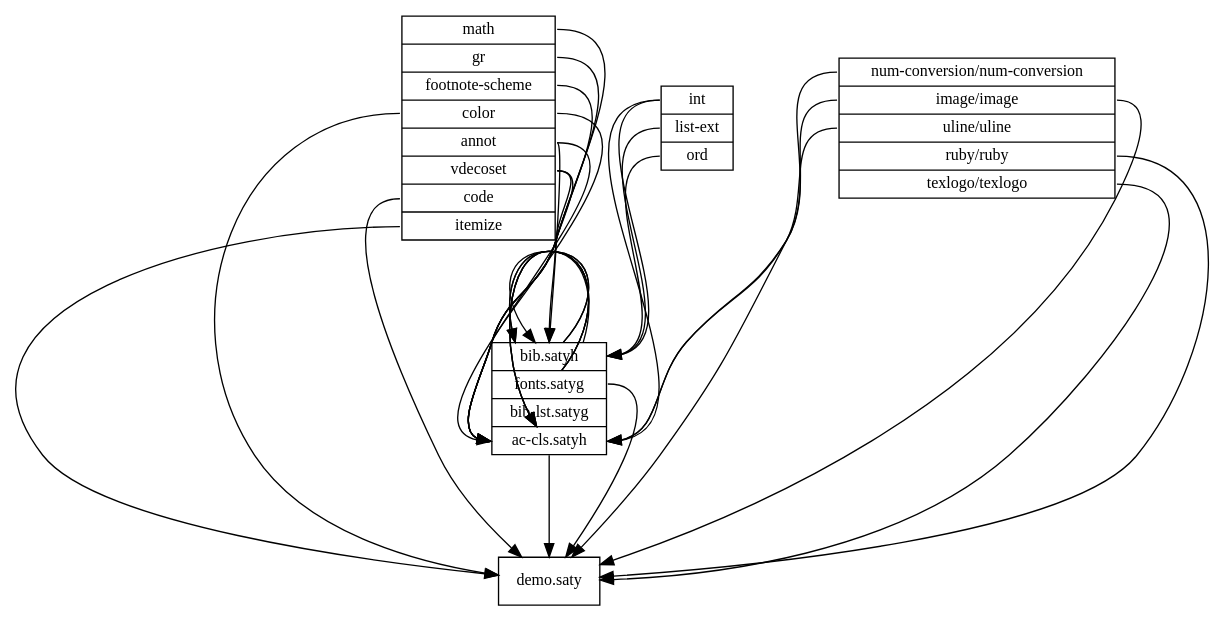
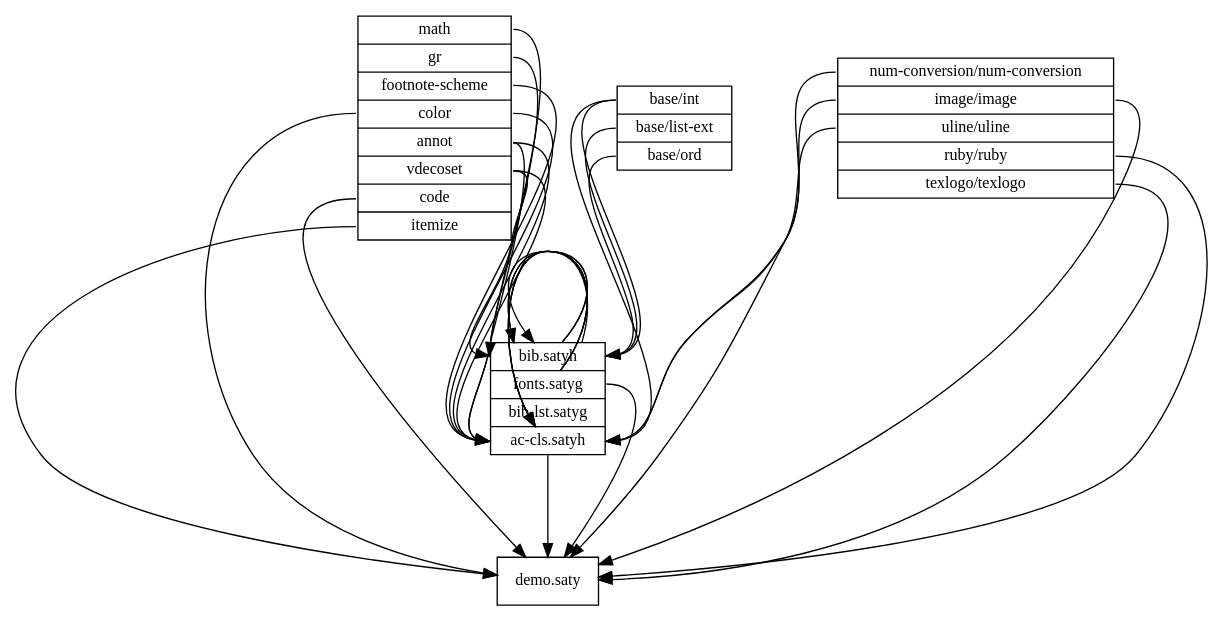
The diagram in dependent.dot (puripuri2100/tukuba-AC-cls), drawn with Graphviz before and after one commit. The commit also changed 1 other file, not shown here.

```diff
--- a/dependent.dot
+++ b/dependent.dot
@@ -1,59 +1,59 @@
 digraph graphname {
   graph [
     charset = "UTF-8",
     rankdir = TB,
     nodesep = 1.1,
     ranksep = 1.05,
     compound = true
   ];
 
   node [
     shape = record,
     fontname = "Migu 1M",
     fontsize = 12,
   ];
 
   std [label = "{<math>math|<gr>gr|<footnotescheme>footnote-scheme|<color>color|<annot>annot|<vdecoset>vdecoset|<code>code|<itemize>itemize}"]
-  base [label = "{<int>int|<listext>list-ext|<ord>ord}"]
+  base [label = "{<int>base/int|<listext>base/list-ext|<ord>base/ord}"]
 
   import [label = "{<bib>bib.satyh|<fonts>fonts.satyg|<bib-lst>bib-lst.satyg|<accls>ac-cls.satyh}"]
 
   packages [label = "{<num>num-conversion/num-conversion|<image>image/image|<uline>uline/uline|<ruby>ruby/ruby|<texlogo>texlogo/texlogo}"]
 
   import:fonts -> import:accls;
   import:bib -> import:accls;
   import:biblst -> import:accls;
   std:math -> import:accls;
   std:gr -> import:accls;
   std:footnotescheme -> import:accls;
   std:color -> import:accls;
   std:annot -> import:accls;
   packages:image -> import:accls;
   std:vdecoset -> import:accls;
   base:int -> import:accls;
   packages:num -> import:accls;
 
 
   import:fonts -> import:bib;
   base:listext -> import:bib;
   base:int -> import:bib;
   base:ord -> import:bib;
   std:annot -> import:bib;
   std:vdecoset -> import:bib;
 
 
   import:bib -> import:biblst;
   import:fonts -> import:biblst;
 
 
   import:accls -> "demo.saty";
   import:fonts -> "demo.saty";
   std:itemize -> "demo.saty";
   std:color -> "demo.saty";
   std:code -> "demo.saty";
   packages:uline -> "demo.saty";
   packages:image -> "demo.saty";
   packages:texlogo -> "demo.saty";
   packages:ruby -> "demo.saty";
 
 }
```
